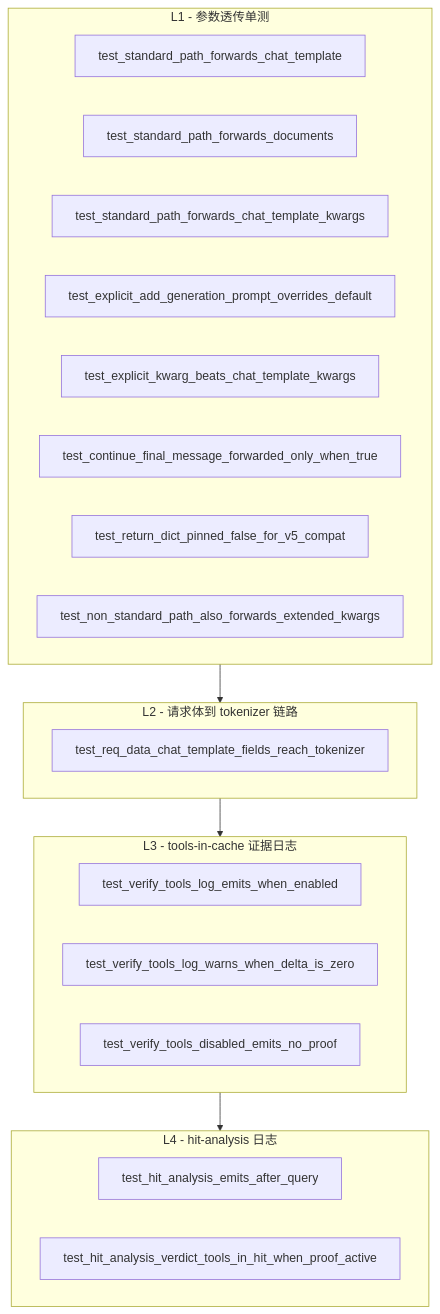
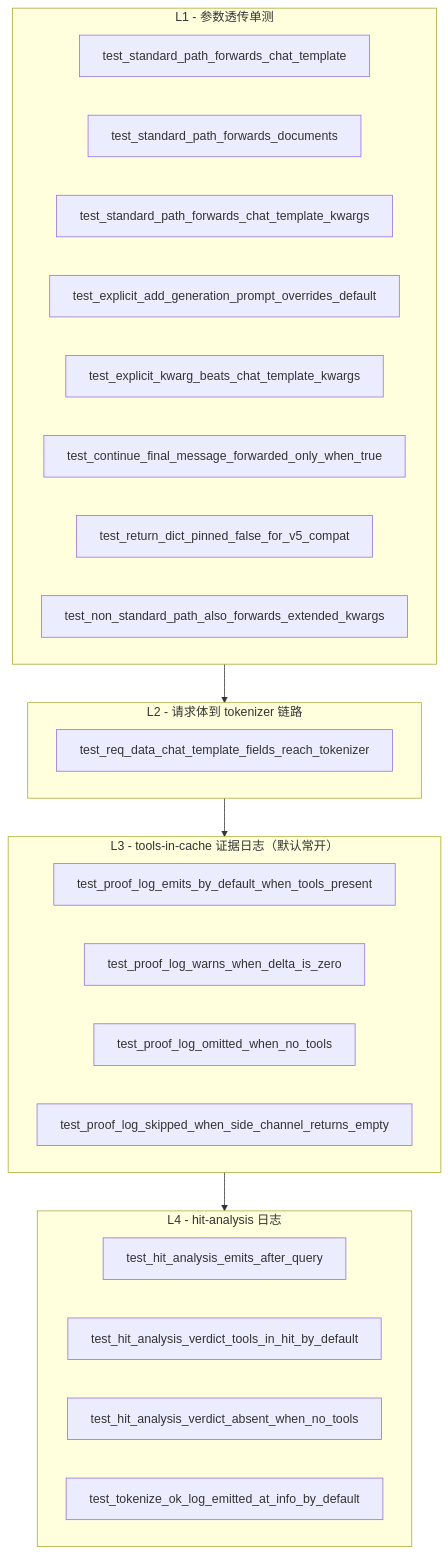
The fifth of 5 diagrams in docs/zh/developer_guide/kv_cache_affinity/prefix_cache_hit_rate_design.md (Lyr-GW/MindIE-PyMotor), drawn with Mermaid before and after one commit. The commit also changed other lines of this file and 2 other files, not shown here.

First line of the commit message:
refactor(kv-affinity): 三条证据日志默认 INFO 常开，移除 KV_AFFINITY_VERIFY_TOOLS env 开关

````diff
--- a/docs/zh/developer_guide/kv_cache_affinity/prefix_cache_hit_rate_design.md
+++ b/docs/zh/developer_guide/kv_cache_affinity/prefix_cache_hit_rate_design.md
@@ -377,26 +386,29 @@
 ```mermaid
 flowchart TB
     subgraph L1[L1 - 参数透传单测]
         T1[test_standard_path_forwards_chat_template]
         T2[test_standard_path_forwards_documents]
         T3[test_standard_path_forwards_chat_template_kwargs]
         T4[test_explicit_add_generation_prompt_overrides_default]
         T5[test_explicit_kwarg_beats_chat_template_kwargs]
         T6[test_continue_final_message_forwarded_only_when_true]
         T7[test_return_dict_pinned_false_for_v5_compat]
         T8[test_non_standard_path_also_forwards_extended_kwargs]
     end
     subgraph L2[L2 - 请求体到 tokenizer 链路]
         T9[test_req_data_chat_template_fields_reach_tokenizer]
     end
-    subgraph L3[L3 - tools-in-cache 证据日志]
-        T10[test_verify_tools_log_emits_when_enabled]
-        T11[test_verify_tools_log_warns_when_delta_is_zero]
-        T12[test_verify_tools_disabled_emits_no_proof]
+    subgraph L3[L3 - tools-in-cache 证据日志（默认常开）]
+        T10[test_proof_log_emits_by_default_when_tools_present]
+        T11[test_proof_log_warns_when_delta_is_zero]
+        T12[test_proof_log_omitted_when_no_tools]
+        T13[test_proof_log_skipped_when_side_channel_returns_empty]
     end
     subgraph L4[L4 - hit-analysis 日志]
-        T13[test_hit_analysis_emits_after_query]
-        T14[test_hit_analysis_verdict_tools_in_hit_when_proof_active]
+        T14[test_hit_analysis_emits_after_query]
+        T15[test_hit_analysis_verdict_tools_in_hit_by_default]
+        T16[test_hit_analysis_verdict_absent_when_no_tools]
+        T17[test_tokenize_ok_log_emitted_at_info_by_default]
     end
     L1 --> L2 --> L3 --> L4
 ```
````
